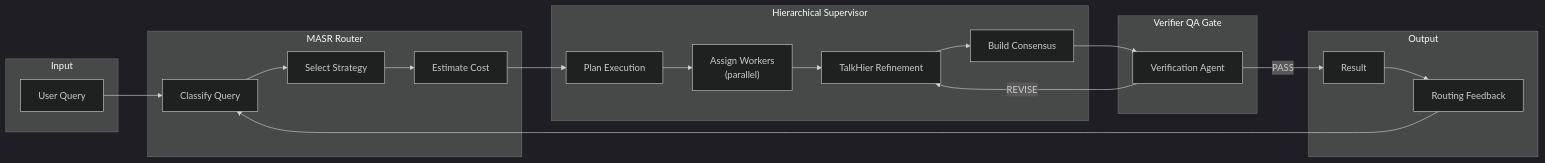
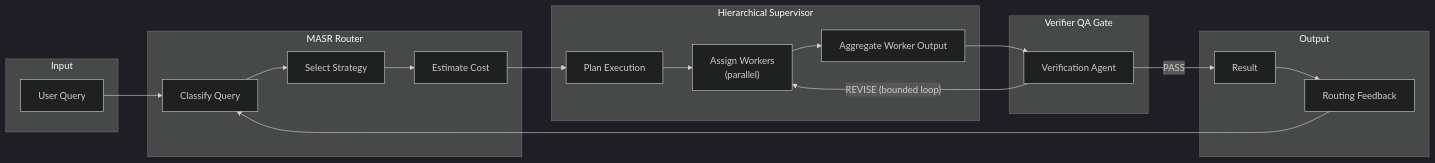
One commit to jsogarro/cerebro changed the second of 2 diagrams in README.md. Above: the diagram before and after it, drawn with Mermaid (dark theme). The commit also changed other lines of this file and 36 other files, not shown here.

First line of the commit message:
docs: align all documentation with the current architecture

````diff
--- a/README.md
+++ b/README.md
@@ -259,34 +259,33 @@
 ```mermaid
 graph LR
     subgraph Input
         Query["User Query"]
     end
 
     subgraph MASR["MASR Router"]
         Classify["Classify Query"]
         Strategy["Select Strategy"]
         CostEst["Estimate Cost"]
     end
 
     subgraph Supervisor["Hierarchical Supervisor"]
         Plan["Plan Execution"]
         Assign["Assign Workers<br/>(parallel)"]
-        Refine["TalkHier Refinement"]
-        Consensus["Build Consensus"]
+        Aggregate["Aggregate Worker Output"]
     end
 
     subgraph QA["Verifier QA Gate"]
         Verify["Verification Agent"]
     end
 
     subgraph Output
         Result["Result"]
         Feedback["Routing Feedback"]
     end
 
     Query --> Classify --> Strategy --> CostEst --> Plan
-    Plan --> Assign --> Refine --> Consensus --> Verify
+    Plan --> Assign --> Aggregate --> Verify
     Verify -->|PASS| Result
-    Verify -->|REVISE| Refine
+    Verify -->|"REVISE (bounded loop)"| Assign
     Result --> Feedback --> Classify
 ```
````
